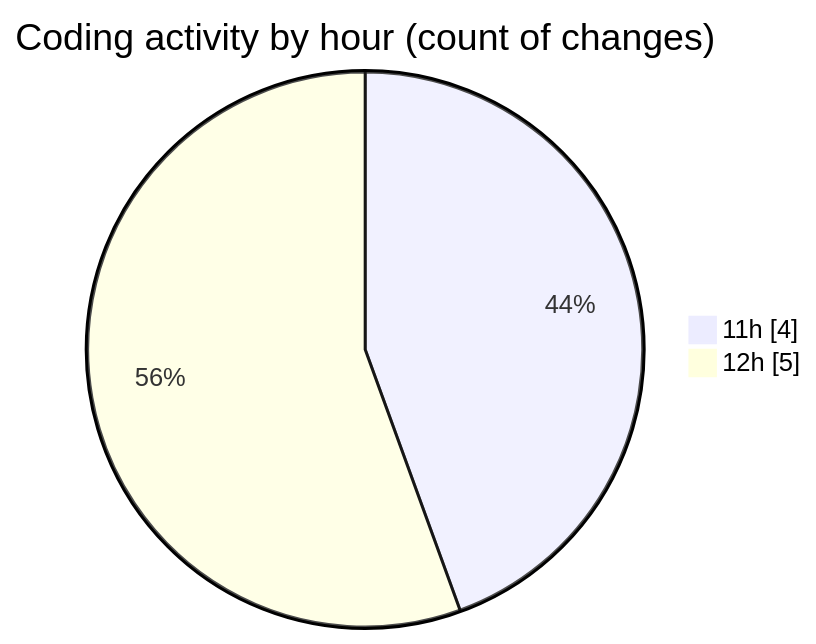
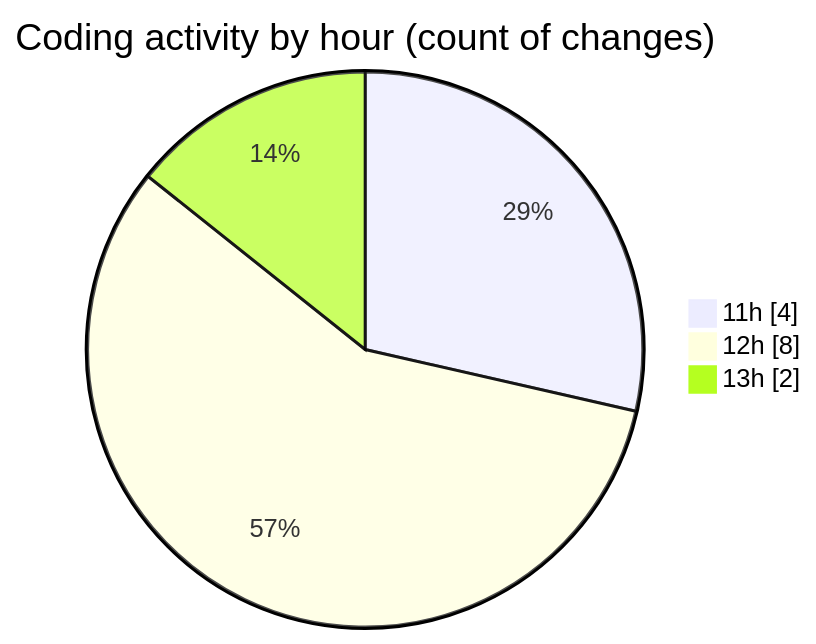
The second of 2 diagrams in 2025-08-07/cda/README.md (momahboobian/code-tracking), drawn with Mermaid before and after one commit. The commit also changed other lines of this file and 1 other file, not shown here.

````diff
--- a/2025-08-07/cda/README.md
+++ b/2025-08-07/cda/README.md
@@ -28,6 +28,7 @@
 ```mermaid
 pie showData
 title Coding activity by hour (count of changes)
 "11h" : 4
-"12h" : 5
+"12h" : 8
+"13h" : 2
 ```
````
